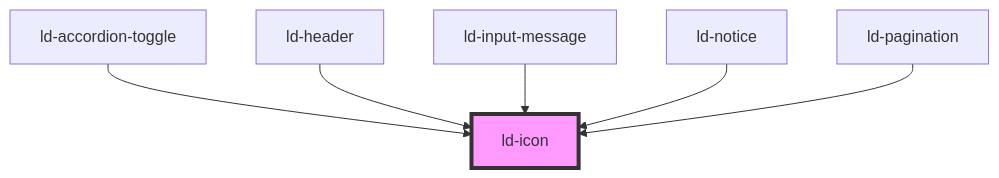
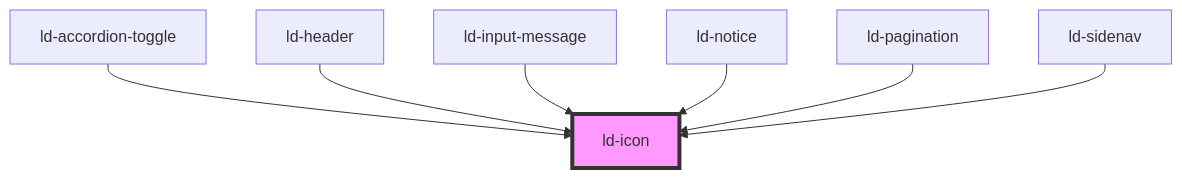
One commit to emdgroup-liquid/liquid changed the diagram in src/liquid/components/ld-icon/readme.md. Above: the diagram before and after it, drawn with Mermaid. The commit also changed other lines of this file and 7 other files, not shown here.

````diff
--- a/src/liquid/components/ld-icon/readme.md
+++ b/src/liquid/components/ld-icon/readme.md
@@ -285,9 +286,10 @@
 ```mermaid
 graph TD;
   ld-accordion-toggle --> ld-icon
   ld-header --> ld-icon
   ld-input-message --> ld-icon
   ld-notice --> ld-icon
   ld-pagination --> ld-icon
+  ld-sidenav --> ld-icon
   style ld-icon fill:#f9f,stroke:#333,stroke-width:4px
 ```
````
